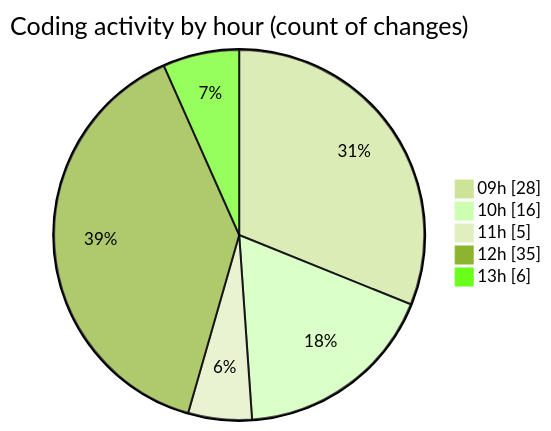
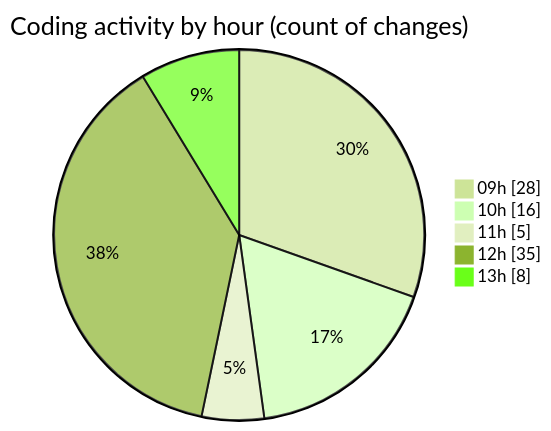
The second of 2 diagrams in 2026-04-24/cda/README.md (momahboobian/code-tracking), drawn with Mermaid (forest theme) before and after one commit. The commit also changed other lines of this file and 1 other file, not shown here.

````diff
--- a/2026-04-24/cda/README.md
+++ b/2026-04-24/cda/README.md
@@ -58,9 +58,9 @@
 ```mermaid
 pie showData
 title Coding activity by hour (count of changes)
 "09h" : 28
 "10h" : 16
 "11h" : 5
 "12h" : 35
-"13h" : 6
+"13h" : 8
 ```
````
